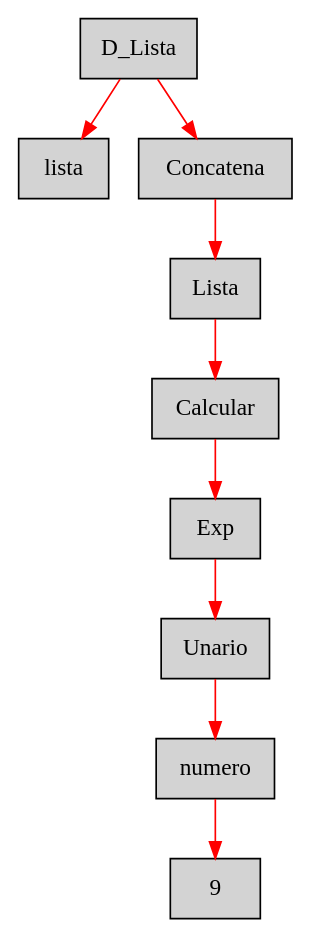
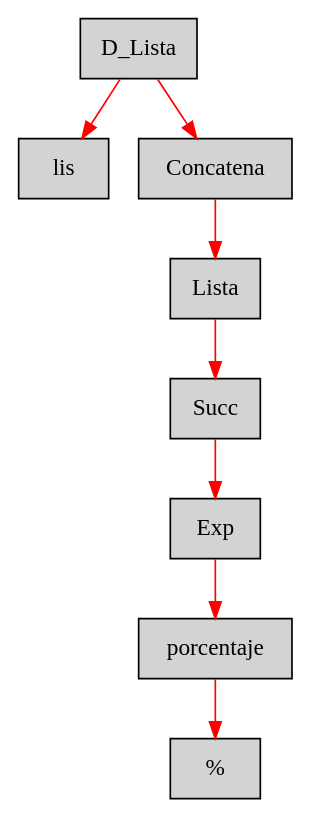
The diagram in AstConsola.dot (k12melissalima09sandoval/Proyecto), drawn with Graphviz before and after one commit. The commit also changed 4 other files, not shown here.

```diff
--- a/AstConsola.dot
+++ b/AstConsola.dot
@@ -1,12 +1,11 @@
 digraph G {node[shape=box, style=filled]; edge[color=red]
-node614376938[label="D_Lista"];
- node614376938->node987997669;node987997669[label="lista"];
- node614376938->node1566676809;node1566676809[label="Concatena"];
- node1566676809->node665080414;node665080414[label="Lista"];
- node665080414->node1984172725;node1984172725[label="Calcular"];
- node1984172725->node1362058517;node1362058517[label="Exp"];
- node1362058517->node10830758;node10830758[label="Unario"];
- node10830758->node93767502;node93767502[label="numero"];
- node93767502->node1393671411;node1393671411[label="9"];
+node111715498[label="D_Lista"];
+ node111715498->node1514586625;node1514586625[label="lis"];
+ node111715498->node80074393;node80074393[label="Concatena"];
+ node80074393->node547581205;node547581205[label="Lista"];
+ node547581205->node1676476511;node1676476511[label="Succ"];
+ node1676476511->node257396969;node257396969[label="Exp"];
+ node257396969->node629993092;node629993092[label="porcentaje"];
+ node629993092->node519890149;node519890149[label="%"];
 
 }
```
